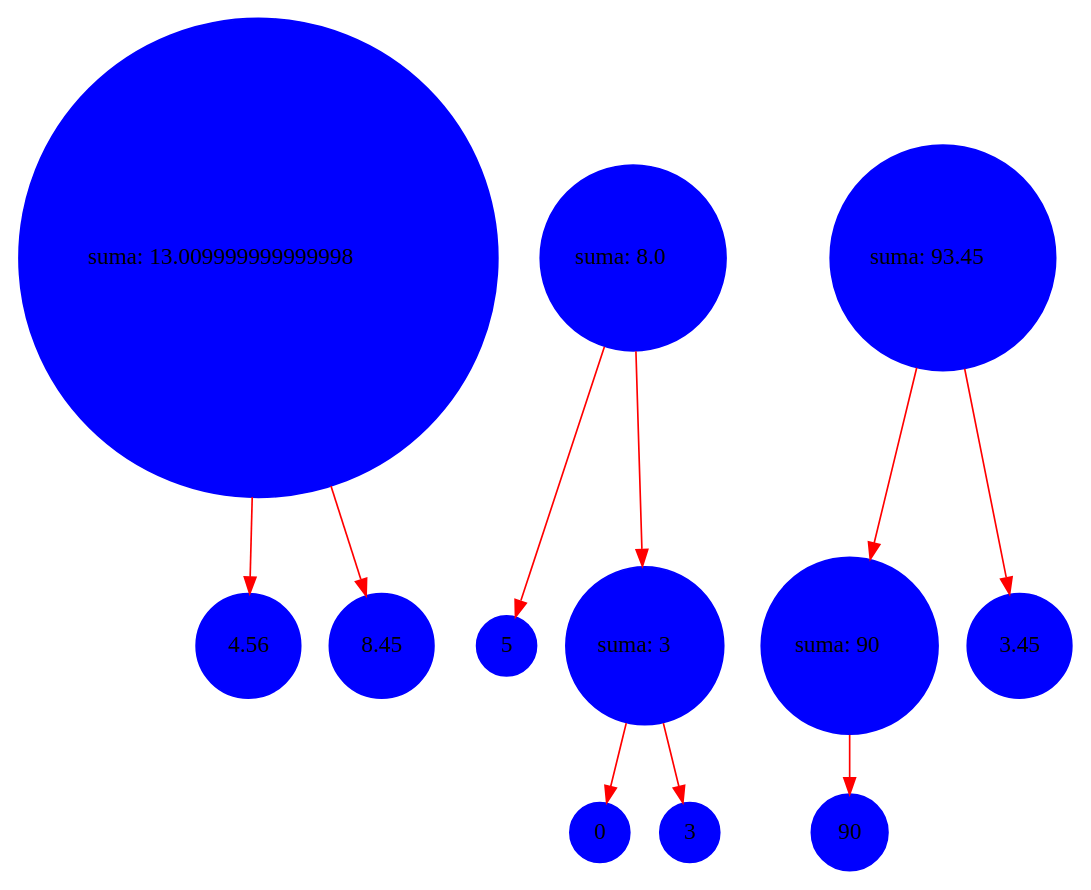
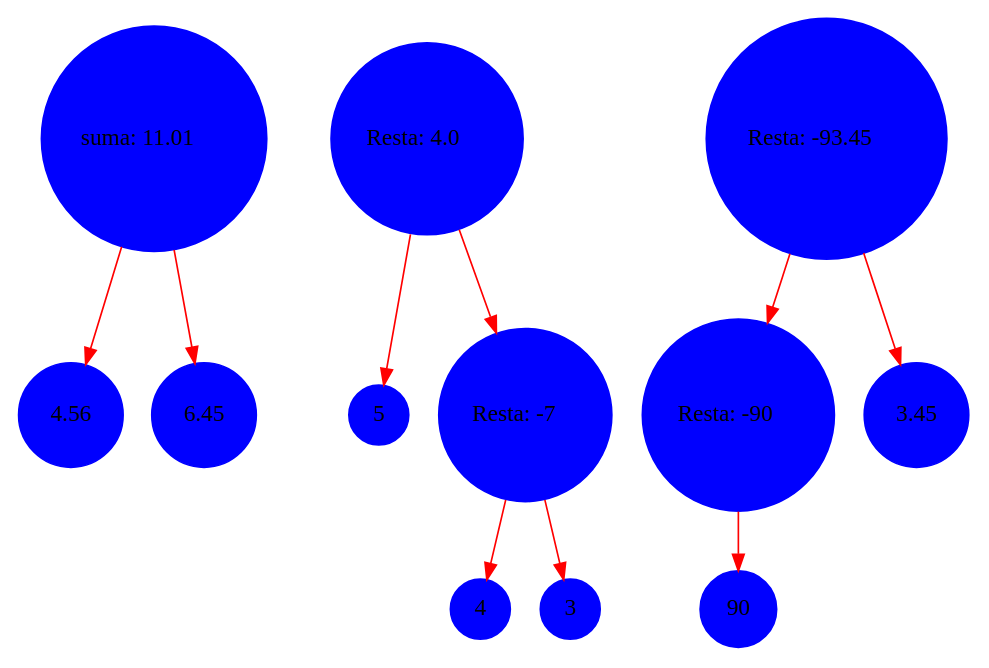
One commit to Jhonsagui81/-LFP-royecto1_202106003 changed the diagram in grafo.dot. Above: the diagram before and after it, drawn with Graphviz. The commit also changed 5 other files, not shown here.

```diff
--- a/grafo.dot
+++ b/grafo.dot
@@ -1,24 +1,24 @@
 digraph {
 	rankdir=TB
 	4.56 [shape=circle style=filled color = blue]
  	suma1 -> 4.56 [shape=record color=red]
-	8.45 [shape=circle style=filled color = blue]
- 	suma1 -> 8.45 [shape=record color=red]
-	suma1 [shape=circle style=filled color = blue, label=<suma: 13.009999999999998>]
+	6.45 [shape=circle style=filled color = blue]
+ 	suma1 -> 6.45 [shape=record color=red]
+	suma1 [shape=circle style=filled color = blue, label=<suma: 11.01>]
  	5 [shape=circle style=filled color = blue]
- 	suma2 -> 5 [shape=record color=red]
-	0 [shape=circle style=filled color = blue]
- 	suma102 -> 0 [shape=record color=red]
+ 	resta2 -> 5 [shape=record color=red]
+	4 [shape=circle style=filled color = blue]
+ 	resta102 -> 4 [shape=record color=red]
 	3 [shape=circle style=filled color = blue]
- 	suma102 -> 3 [shape=record color=red]
-	suma102 [shape=circle style=filled color = blue, label=<suma: 3>]
- 	suma2 -> suma102 [shape=record color=red]
-	suma2 [shape=circle style=filled color = blue, label=<suma: 8.0>]
+ 	resta102 -> 3 [shape=record color=red]
+	resta102 [shape=circle style=filled color = blue, label=<Resta: -7>]
+ 	resta2 -> resta102 [shape=record color=red]
+	resta2 [shape=circle style=filled color = blue, label=<Resta: 4.0>]
  	90 [shape=circle style=filled color = blue]
- 	suma103 -> 90 [shape=record color=red]
-	suma103 [shape=circle style=filled color = blue, label=<suma: 90>]
- 	suma3 -> suma103 [shape=record color=red]
+ 	resta103 -> 90 [shape=record color=red]
+	resta103 [shape=circle style=filled color = blue, label=<Resta: -90>]
+ 	resta3 -> resta103 [shape=record color=red]
 	3.45 [shape=circle style=filled color = blue]
- 	suma3 -> 3.45 [shape=record color=red]
-	suma3 [shape=circle style=filled color = blue, label=<suma: 93.45>]
+ 	resta3 -> 3.45 [shape=record color=red]
+	resta3 [shape=circle style=filled color = blue, label=<Resta: -93.45>]
  }
```
